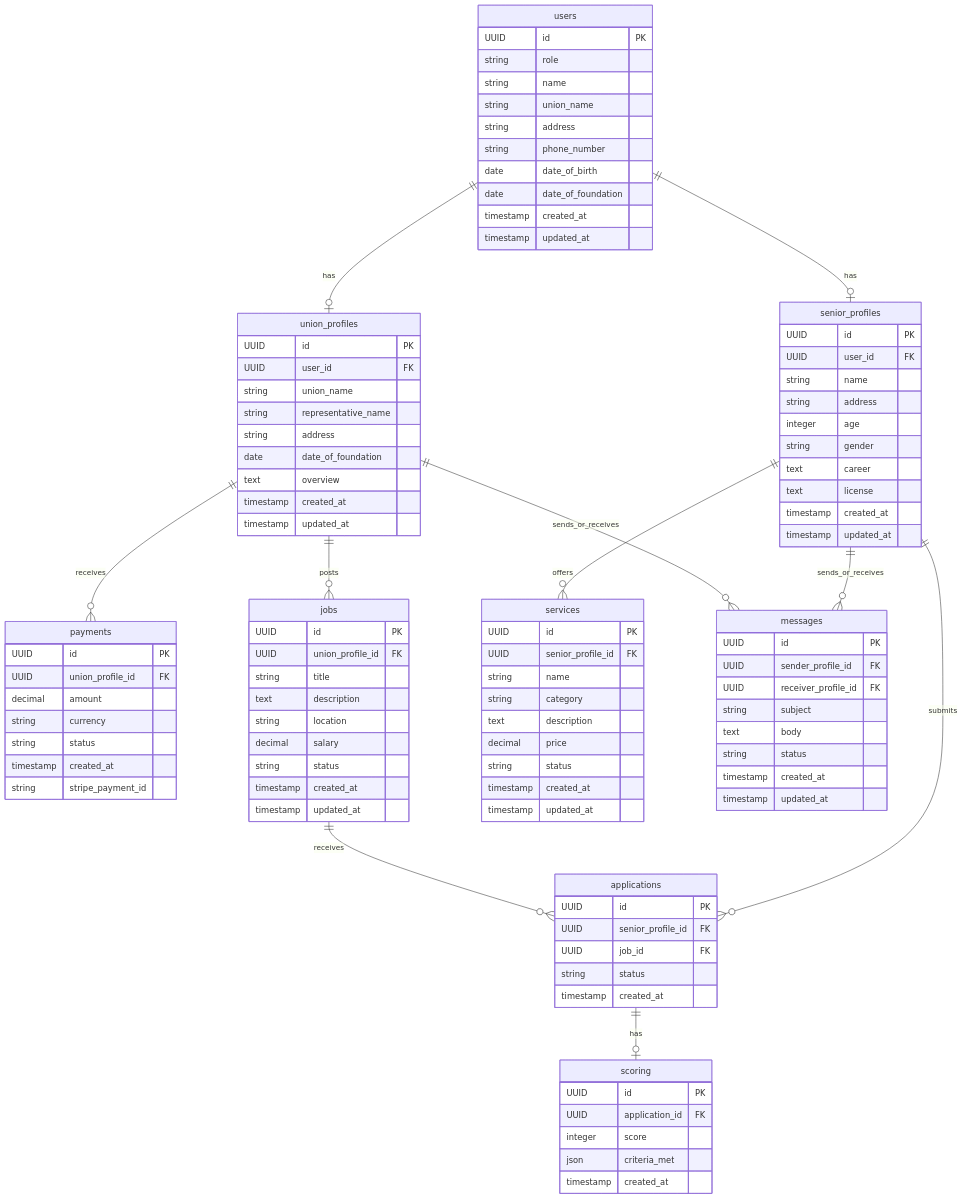
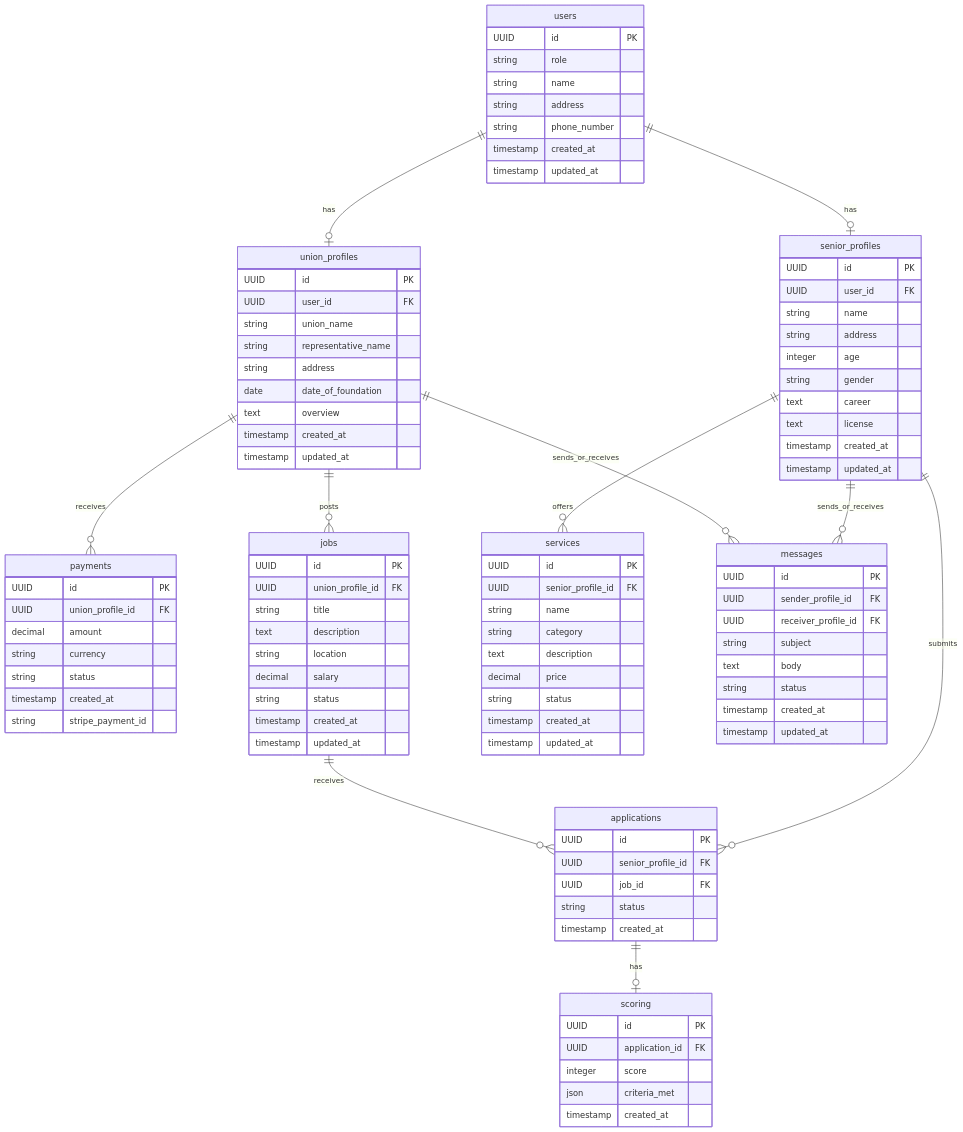
The diagram in doc/ER図４.mermaid (Yuka-Matsumoto/NENRIN), drawn with Mermaid before and after one commit.

Commit message:
📝modified ER_figure4

```diff
--- a/doc/ER図４.mermaid
+++ b/doc/ER図４.mermaid
@@ -1,110 +1,107 @@
 erDiagram
     users ||--o| senior_profiles : has
     users ||--o| union_profiles : has
     union_profiles ||--o{ payments : receives
     union_profiles ||--o{ jobs : posts
     senior_profiles ||--o{ applications : submits
     jobs ||--o{ applications : receives
     applications ||--o| scoring : has
     senior_profiles ||--o{ services : offers
     senior_profiles ||--o{ messages : sends_or_receives
     union_profiles ||--o{ messages : sends_or_receives
 
     users {
         UUID id PK
         string role
         string name
-        string union_name
         string address
         string phone_number
-        date date_of_birth
-        date date_of_foundation
         timestamp created_at
         timestamp updated_at
     }
 
     senior_profiles {
         UUID id PK
         UUID user_id FK
         string name
         string address
         integer age
         string gender
         text career
         text license
         timestamp created_at
         timestamp updated_at
     }
 
     union_profiles {
         UUID id PK
         UUID user_id FK
         string union_name
         string representative_name
         string address
         date date_of_foundation
         text overview
         timestamp created_at
         timestamp updated_at
     }
 
     payments {
         UUID id PK
         UUID union_profile_id FK
         decimal amount
         string currency
         string status
         timestamp created_at
         string stripe_payment_id
     }
 
     jobs {
         UUID id PK
         UUID union_profile_id FK
         string title
         text description
         string location
         decimal salary
         string status
         timestamp created_at
         timestamp updated_at
     }
 
     services {
         UUID id PK
         UUID senior_profile_id FK
         string name
         string category
         text description
         decimal price
         string status
         timestamp created_at
         timestamp updated_at
     }
 
     applications {
         UUID id PK
         UUID senior_profile_id FK
         UUID job_id FK
         string status
         timestamp created_at
     }
 
     scoring {
         UUID id PK
         UUID application_id FK
         integer score
         json criteria_met
         timestamp created_at
     }
 
     messages {
         UUID id PK
         UUID sender_profile_id FK
         UUID receiver_profile_id FK
         string subject
         text body
         string status
         timestamp created_at
         timestamp updated_at
     }
```
